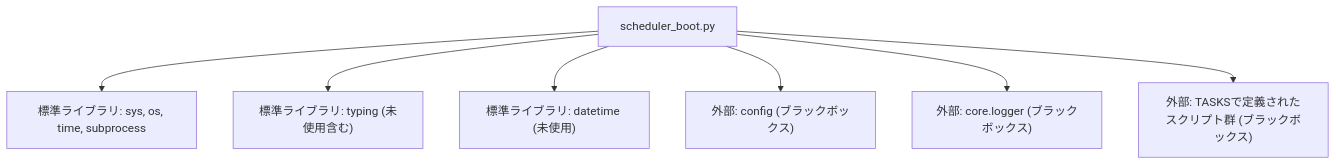
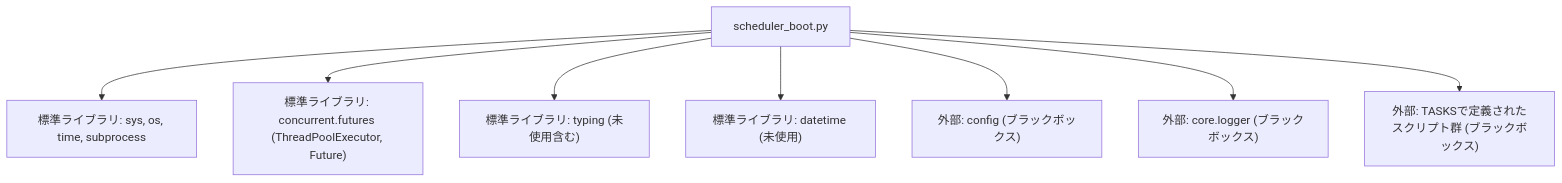
The second of 2 diagrams in docs/specifications/MY_HOME_SYSTEM/scheduler_boot.md (mmtigers/my_python_project), drawn with Mermaid before and after one commit. The commit also changed other lines of this file and 8 other files, not shown here.

````diff
--- a/docs/specifications/MY_HOME_SYSTEM/scheduler_boot.md
+++ b/docs/specifications/MY_HOME_SYSTEM/scheduler_boot.md
@@ -175,18 +183,20 @@
 ```mermaid
 graph TD
     Scheduler["scheduler_boot.py"]
     SysLib["標準ライブラリ: sys, os, time, subprocess"]
+    ConcurrentLib["標準ライブラリ: concurrent.futures (ThreadPoolExecutor, Future)"]
     TypingLib["標準ライブラリ: typing (未使用含む)"]
     DateLib["標準ライブラリ: datetime (未使用)"]
     Config["外部: config (ブラックボックス)"]
     Logger["外部: core.logger (ブラックボックス)"]
     Scripts["外部: TASKSで定義されたスクリプト群 (ブラックボックス)"]
 
     Scheduler --> SysLib
+    Scheduler --> ConcurrentLib
     Scheduler --> TypingLib
     Scheduler --> DateLib
     Scheduler --> Config
     Scheduler --> Logger
     Scheduler --> Scripts
 
 ```
````
